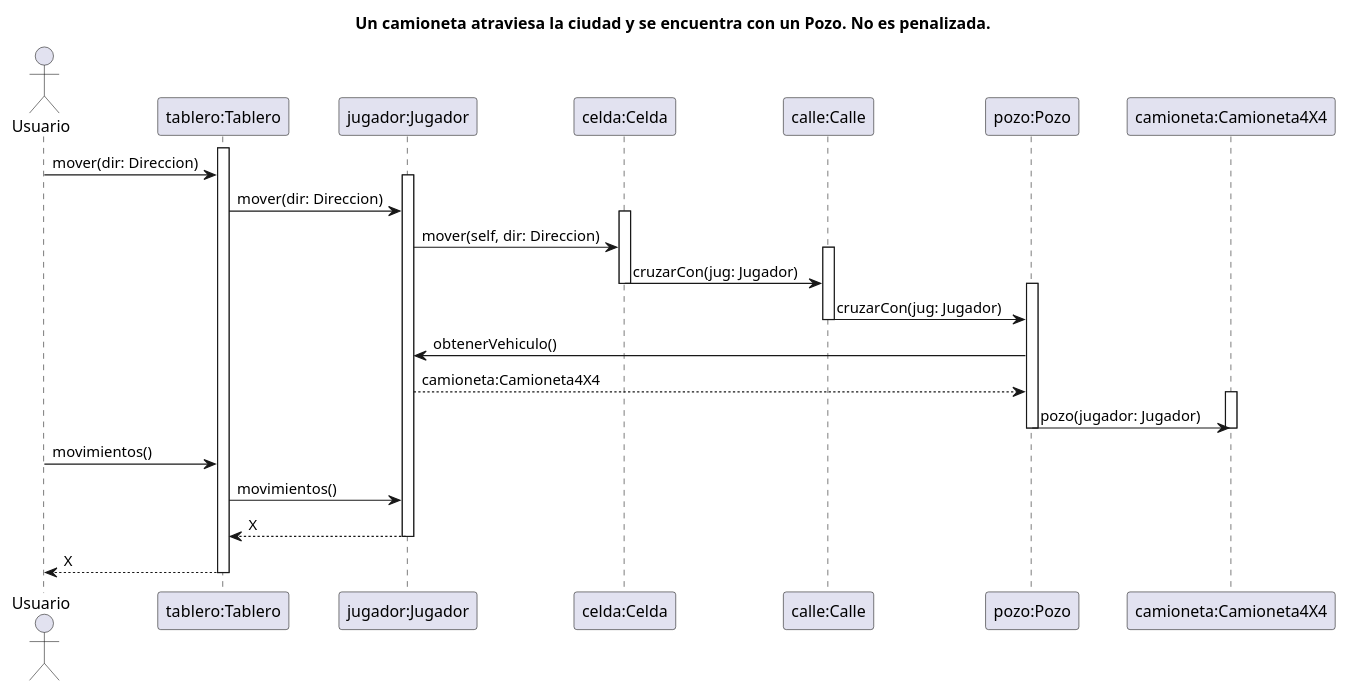
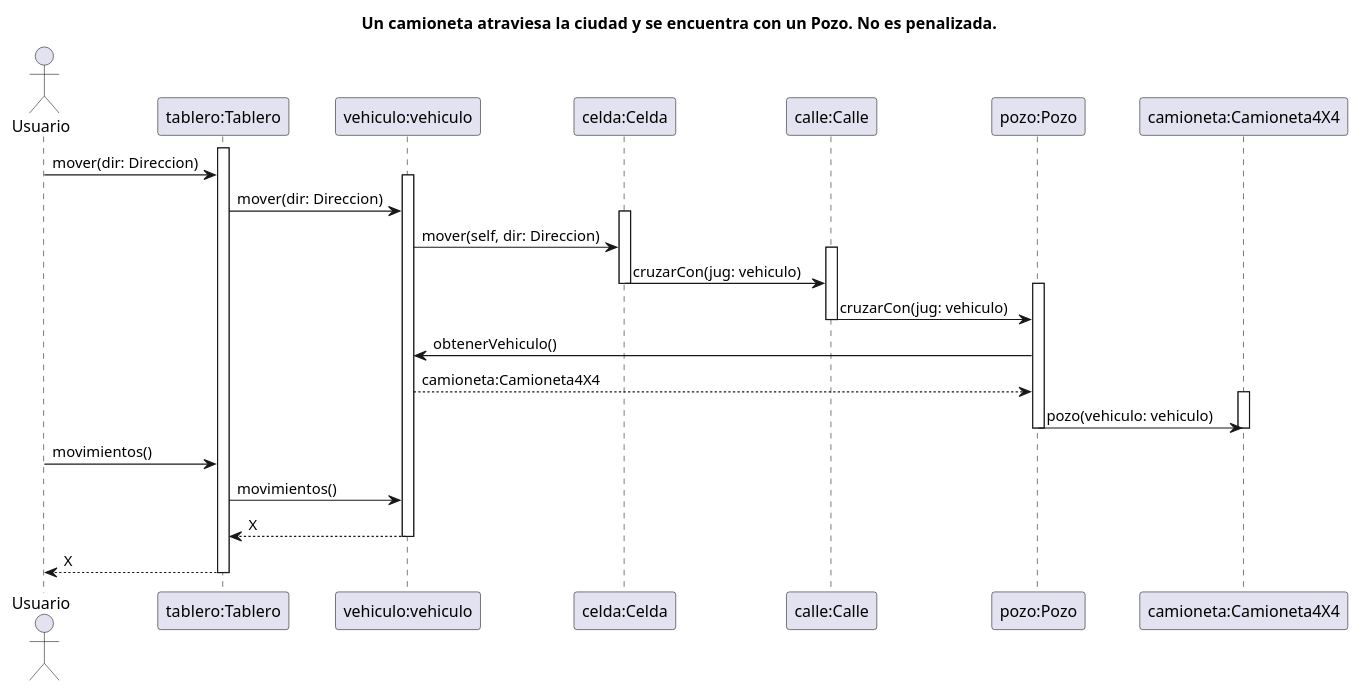
Before and after one commit to tomasayala/algo3_tp2_1C2022: the diagram in diagrams/sequences/SecuenciaUnaCamionetaCruzaUnPozoYNoEsPenalizado/SecuenciaUnaCamionetaCruzaUnPozoYNoEsPenalizado.puml, drawn with PlantUML. The commit also changed 44 other files, not shown here.

```diff
--- a/diagrams/sequences/SecuenciaUnaCamionetaCruzaUnPozoYNoEsPenalizado/SecuenciaUnaCamionetaCruzaUnPozoYNoEsPenalizado.puml
+++ b/diagrams/sequences/SecuenciaUnaCamionetaCruzaUnPozoYNoEsPenalizado/SecuenciaUnaCamionetaCruzaUnPozoYNoEsPenalizado.puml
@@ -1,62 +1,62 @@
 @startuml SecuenciaUnaCamionetaCruzaUnPozoYNoEsPenalizado
 ' Caso de uso 
 ' Una camioneta atraviesa la ciudad y se encuentra con un Pozo. No penalizada .
 
 title Un camioneta atraviesa la ciudad y se encuentra con un Pozo. No es penalizada.
 
 Actor Usuario as user
 participant "tablero:Tablero" as tablero
-participant "jugador:Jugador" as jugador
+participant "vehiculo:vehiculo" as vehiculo
 participant "celda:Celda" as celda
 participant "calle:Calle" as calle
 participant "pozo:Pozo" as pozo
 participant "camioneta:Camioneta4X4" as camioneta
 
 
 activate tablero
 
 user -> tablero: mover(dir: Direccion)
 
-activate jugador
+activate vehiculo
 
-tablero -> jugador: mover(dir: Direccion)
+tablero -> vehiculo: mover(dir: Direccion)
 
 activate celda
 
-jugador -> celda: mover(self, dir: Direccion)
+vehiculo -> celda: mover(self, dir: Direccion)
 
 activate calle
 
-celda -> calle: cruzarCon(jug: Jugador)
+celda -> calle: cruzarCon(jug: vehiculo)
 
 deactivate celda
 activate pozo
 
-calle -> pozo: cruzarCon(jug: Jugador)
+calle -> pozo: cruzarCon(jug: vehiculo)
 
 deactivate calle
 
-pozo -> jugador: obtenerVehiculo()
+pozo -> vehiculo: obtenerVehiculo()
 
-jugador --> pozo: camioneta:Camioneta4X4
+vehiculo --> pozo: camioneta:Camioneta4X4
 
 activate camioneta
 
-pozo -> camioneta: pozo(jugador: Jugador) 
+pozo -> camioneta: pozo(vehiculo: vehiculo) 
 
 deactivate camioneta
 deactivate pozo
 deactivate calle
 deactivate celda
 
 user -> tablero: movimientos()
 
-tablero -> jugador: movimientos()
-jugador --> tablero: X 
-deactivate jugador
+tablero -> vehiculo: movimientos()
+vehiculo --> tablero: X 
+deactivate vehiculo
 
 tablero --> user: X 
 
 deactivate tablero
 
 @enduml
```
